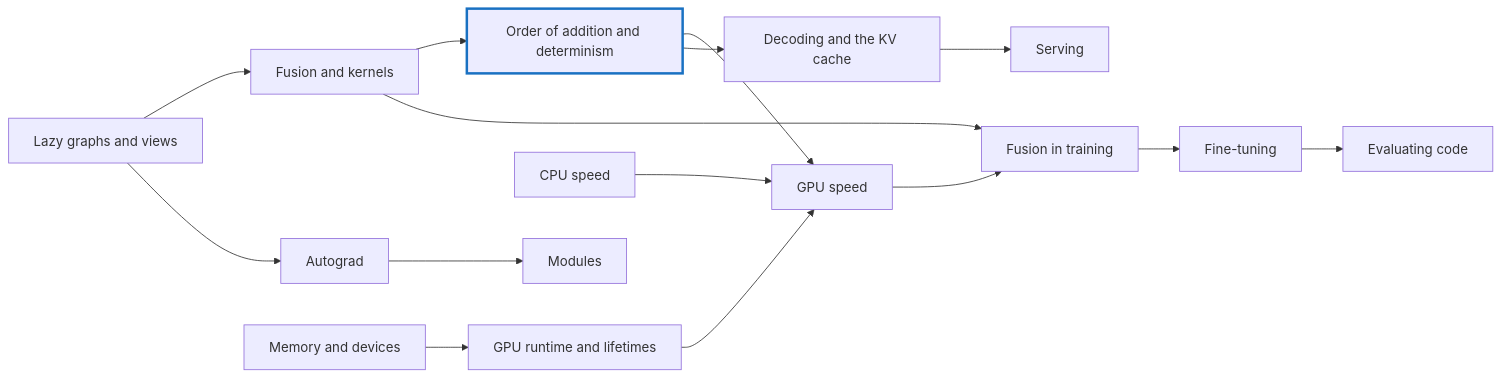
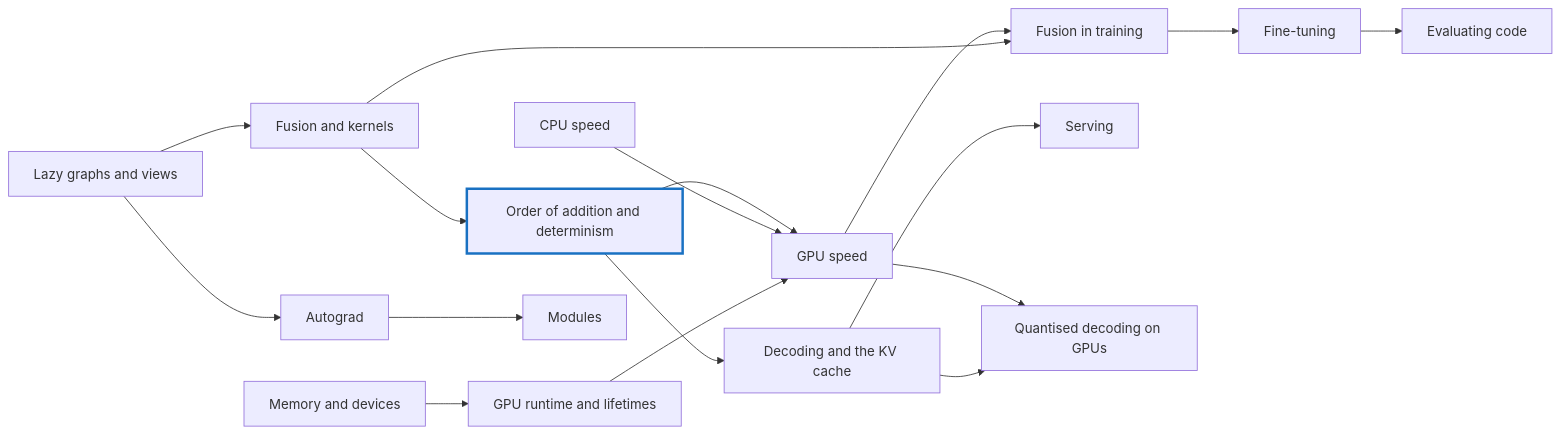
Before and after one commit to nogginly/tensomite.cr: the diagram in faq/README.md, drawn with Mermaid. The commit also changed other lines of this file and 21 other files, not shown here.

````diff
--- a/faq/README.md
+++ b/faq/README.md
@@ -7,18 +7,20 @@
 ```mermaid
 flowchart LR
     graphs["Lazy graphs and views"] --> fusion["Fusion and kernels"]
     graphs --> autograd["Autograd"]
     memory["Memory and devices"] --> runtime["GPU runtime and lifetimes"]
     fusion --> order["Order of addition and determinism"]
     order --> gpuspeed["GPU speed"]
     cpuspeed["CPU speed"] --> gpuspeed
     autograd --> modules["Modules"]
     order --> decode["Decoding and the KV cache"]
     runtime --> gpuspeed
     gpuspeed --> training["Fusion in training"]
     fusion --> training
     decode --> serving["Serving"]
+    gpuspeed --> quantgpu["Quantised decoding on GPUs"]
+    decode --> quantgpu
     training --> finetune["Fine-tuning"]
     finetune --> evaluate["Evaluating code"]
     style order stroke:#1971c2,stroke-width:3px
 ```
````
